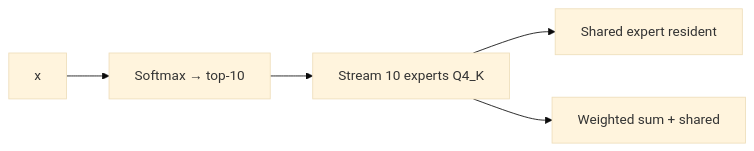
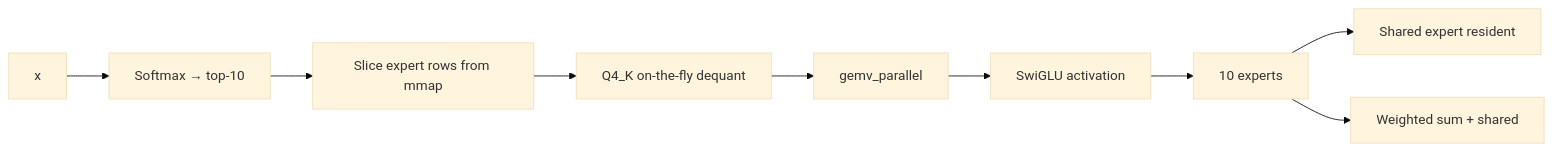
One commit to Shindevrp/qwen3-5-397b-in-rust changed the fourth of 4 diagrams in docs/MODEL_ARCHITECTURE.md. Above: the diagram before and after it, drawn with Mermaid (base theme). The commit also changed other lines of this file and 3 other files, not shown here.

Commit message:
docs: make explanations clearer and more detailed with formulas, memory semantics and architecture details

````diff
--- a/docs/MODEL_ARCHITECTURE.md
+++ b/docs/MODEL_ARCHITECTURE.md
@@ -56,7 +105,11 @@
 ```mermaid
 flowchart LR
     x --> Router[Softmax → top-10]
-    Router --> Experts[Stream 10 experts Q4_K]
+    Router --> Slice[Slice expert rows from mmap]
+    Slice --> Dequant[Q4_K on-the-fly dequant]
+    Dequant --> Gemv[gemv_parallel]
+    Gemv --> SwiGLU[SwiGLU activation]
+    SwiGLU --> Experts[10 experts]
     Experts --> Shared[Shared expert resident]
     Experts --> Sum[Weighted sum + shared]
 ```
````
